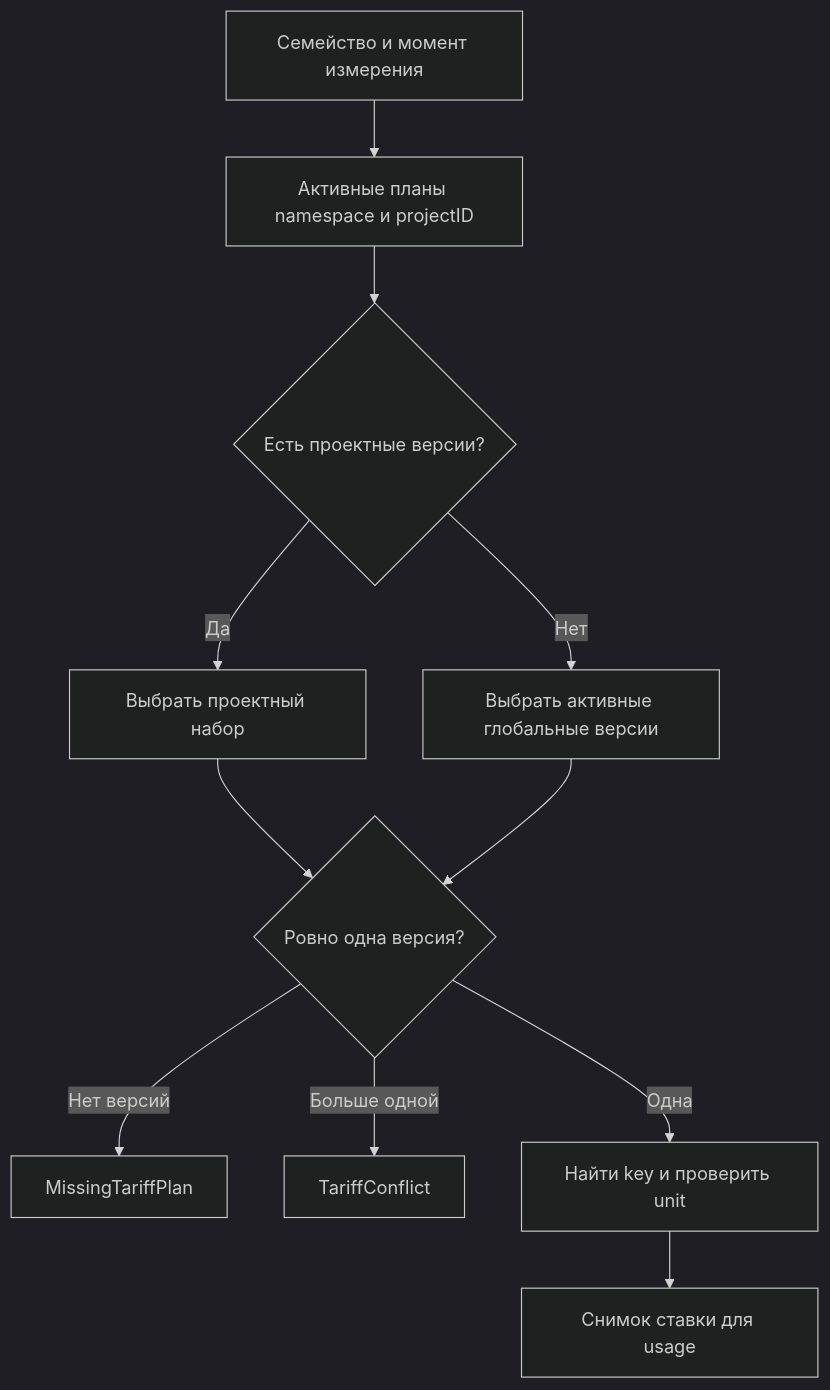
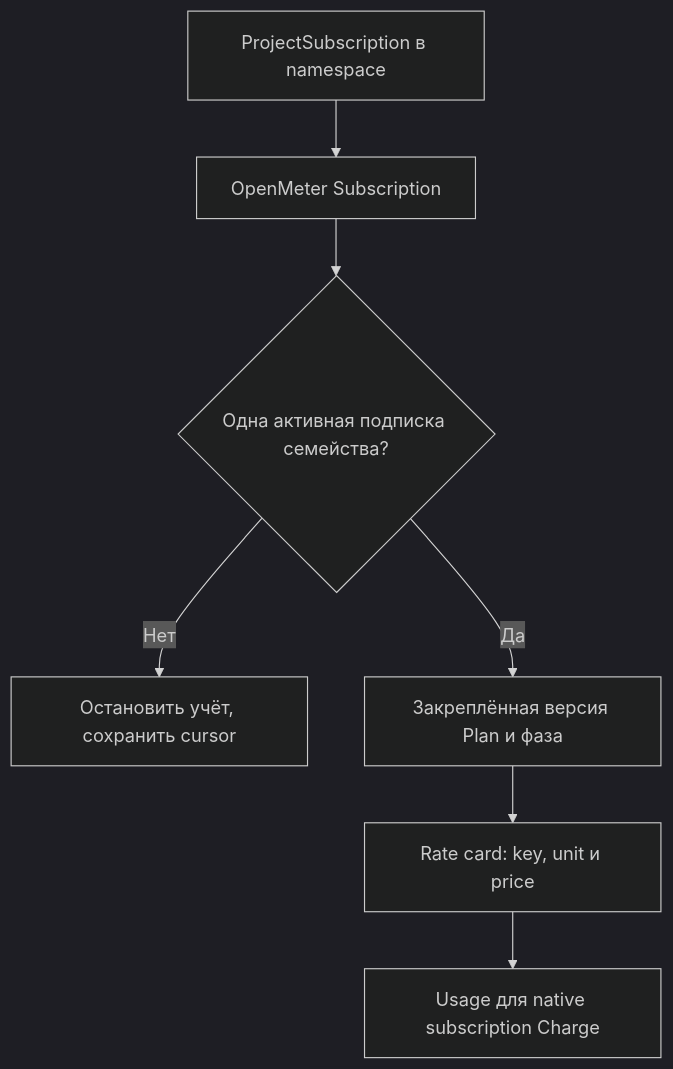
Before and after one commit to gatorstack/gator-dashboard-docs: the diagram in docs/billing/tariffs.md, drawn with Mermaid (dark theme). The commit also changed other lines of this file and 14 other files, not shown here.

Commit message:
Document CRD-managed project subscriptions and native billing handoff

````diff
--- a/docs/billing/tariffs.md
+++ b/docs/billing/tariffs.md
@@ -53,13 +53,9 @@
 ```mermaid
 flowchart TB
-  family["Семейство и момент измерения"] --> privatePlans["Активные планы namespace и projectID"]
-  privatePlans --> hasPrivate{"Есть проектные версии?"}
-  hasPrivate -->|"Да"| choosePrivate["Выбрать проектный набор"]
-  hasPrivate -->|"Нет"| chooseGlobal["Выбрать активные глобальные версии"]
-  choosePrivate --> unique{"Ровно одна версия?"}
-  chooseGlobal --> unique
-  unique -->|"Нет версий"| missing["MissingTariffPlan"]
-  unique -->|"Больше одной"| conflict["TariffConflict"]
-  unique -->|"Одна"| rate["Найти key и проверить unit"]
-  rate --> usage["Снимок ставки для usage"]
+  binding["ProjectSubscription в namespace"] --> native["OpenMeter Subscription"]
+  native --> unique{"Одна активная подписка семейства?"}
+  unique -->|"Нет"| hold["Остановить учёт, сохранить cursor"]
+  unique -->|"Да"| plan["Закреплённая версия Plan и фаза"]
+  plan --> rate["Rate card: key, unit и price"]
+  rate --> usage["Usage для native subscription Charge"]
 ```
````
